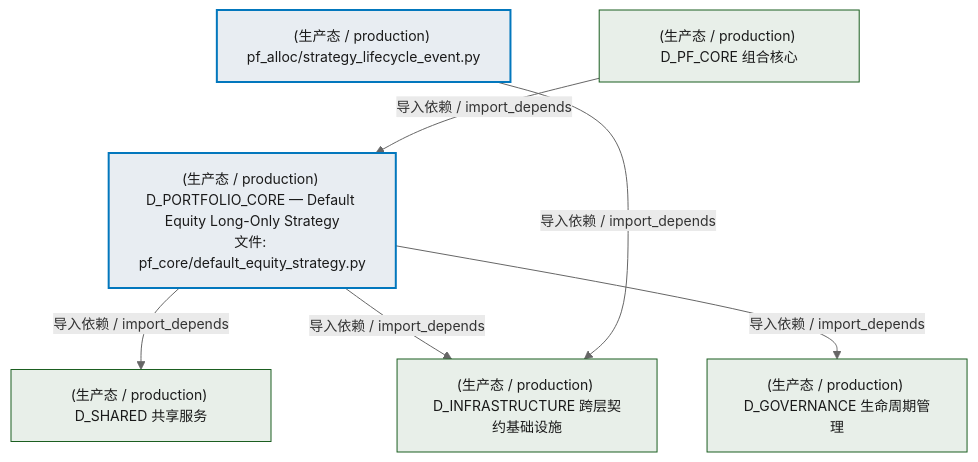
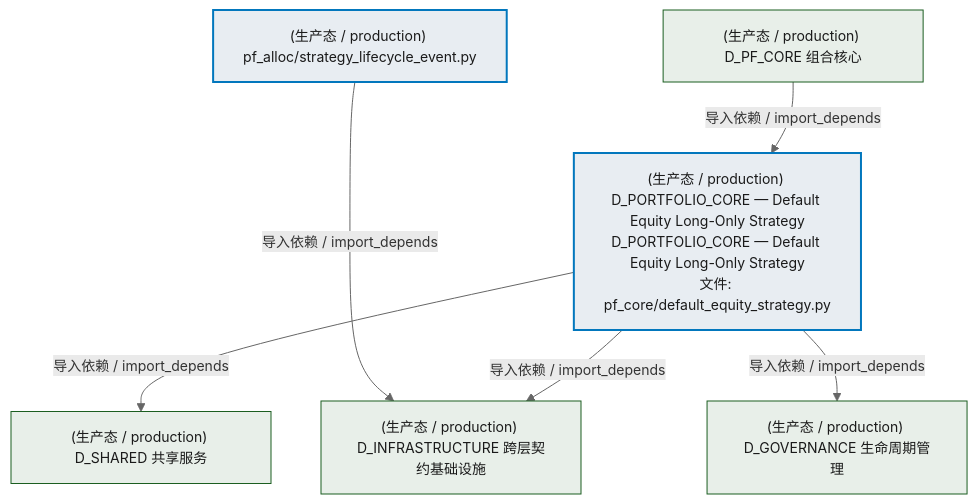
Before and after one commit to xuanFelixVan/ZephyrAlpha: the second of 3 diagrams in docs/02_enterprise_architecture/02_domain_architecture_docs/62_d_pf_alloc.md, drawn with Mermaid. The commit also changed other lines of this file and 80 other files, not shown here.

````diff
--- a/docs/02_enterprise_architecture/02_domain_architecture_docs/62_d_pf_alloc.md
+++ b/docs/02_enterprise_architecture/02_domain_architecture_docs/62_d_pf_alloc.md
@@ -94,22 +96,22 @@
 ```mermaid
 %%{init: {'theme': 'base', 'themeVariables': {'primaryColor': '#eaeaea', 'primaryTextColor': '#333333', 'primaryBorderColor': '#666666', 'lineColor': '#666666', 'secondaryColor': '#eaeaea', 'tertiaryColor': '#eaeaea', 'fontSize': '14px'}}}%%
 flowchart TD
     src_zephyr_pf_alloc_strategy_lifecycle_event_py["(生产态 / production) pf_alloc/strategy_lifecycle_event.py"]
-    src_zephyr_pf_core_default_equity_strategy_py["(生产态 / production) D_PORTFOLIO_CORE — Default Equity Long-Only Strategy<br/>文件: pf_core/default_equity_strategy.py"]
+    src_zephyr_pf_core_default_equity_strategy_py["(生产态 / production) D_PORTFOLIO_CORE — Default Equity Long-Only Strategy<br/>D_PORTFOLIO_CORE — Default Equity Long-Only Strategy<br/>文件: pf_core/default_equity_strategy.py"]
     src_zephyr_pf_alloc_strategy_lifecycle_event_py ~~~ src_zephyr_pf_core_default_equity_strategy_py
+    D_INFRASTRUCTURE["(生产态 / production) D_INFRASTRUCTURE 跨层契约基础设施"]
+    src_zephyr_pf_alloc_strategy_lifecycle_event_py -->|导入依赖 / import_depends| D_INFRASTRUCTURE
     D_SHARED["(生产态 / production) D_SHARED 共享服务"]
     src_zephyr_pf_core_default_equity_strategy_py -->|导入依赖 / import_depends| D_SHARED
-    D_INFRASTRUCTURE["(生产态 / production) D_INFRASTRUCTURE 跨层契约基础设施"]
     src_zephyr_pf_core_default_equity_strategy_py -->|导入依赖 / import_depends| D_INFRASTRUCTURE
     D_GOVERNANCE["(生产态 / production) D_GOVERNANCE 生命周期管理"]
     src_zephyr_pf_core_default_equity_strategy_py -->|导入依赖 / import_depends| D_GOVERNANCE
-    src_zephyr_pf_alloc_strategy_lifecycle_event_py -->|导入依赖 / import_depends| D_INFRASTRUCTURE
     D_PF_CORE["(生产态 / production) D_PF_CORE 组合核心"]
     D_PF_CORE -->|导入依赖 / import_depends| src_zephyr_pf_core_default_equity_strategy_py
     classDef production fill:#e8edf2,stroke:#0277bd,stroke-width:2px,color:#1a1a1a
     classDef design fill:#f0ebe3,stroke:#bf360c,stroke-width:2px,color:#1a1a1a,stroke-dasharray: 5 5
     classDef external_prod fill:#e8efe9,stroke:#1b5e20,stroke-width:1px,color:#1a1a1a
     classDef external_design fill:#efe5ea,stroke:#880e4f,stroke-width:1px,color:#1a1a1a,stroke-dasharray: 5 5
     class src_zephyr_pf_alloc_strategy_lifecycle_event_py,src_zephyr_pf_core_default_equity_strategy_py production
-    class D_SHARED,D_INFRASTRUCTURE,D_GOVERNANCE,D_PF_CORE external_prod
+    class D_INFRASTRUCTURE,D_SHARED,D_GOVERNANCE,D_PF_CORE external_prod
 ```
````
